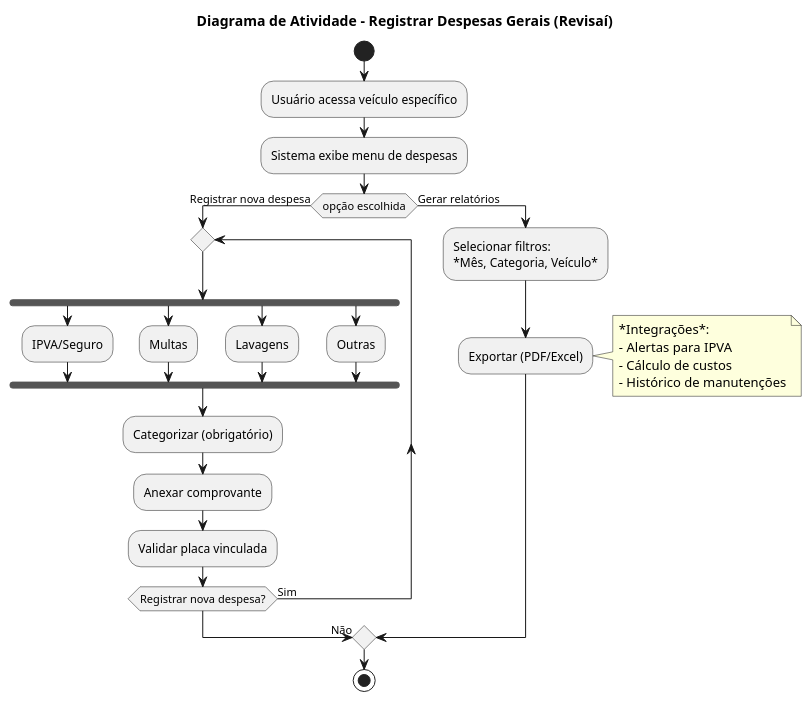
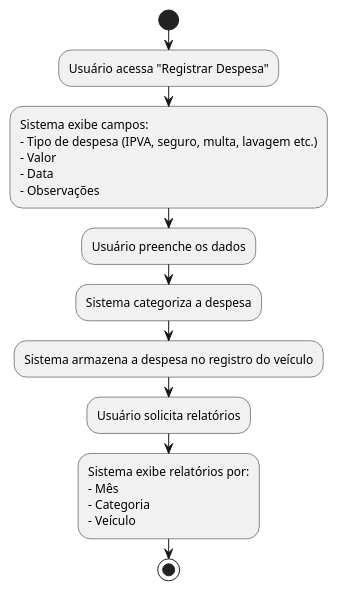
Before and after one commit to adsifs/2025.1_AOO_AV: the diagram in modelos/UC_Registro_Despesas.md, drawn with PlantUML. The commit also changed other lines of this file, not shown here.

````diff
--- a/modelos/UC_Registro_Despesas.md
+++ b/modelos/UC_Registro_Despesas.md
@@ -3,43 +9,28 @@
 ```puml
 @startuml
 start
-title Diagrama de Atividade - Registrar Despesas Gerais (Revisaí)
 
-:Usuário acessa veículo específico;
-:Sistema exibe menu de despesas;
+:Usuário acessa "Registrar Despesa";
 
-if (opção escolhida) then (Registrar nova despesa)
+:Sistema exibe campos:
+- Tipo de despesa (IPVA, seguro, multa, lavagem etc.)
+- Valor
+- Data
+- Observações;
 
- repeat
+:Usuário preenche os dados;
 
-    fork
-      :IPVA/Seguro;
-    fork again
-      :Multas;
-    fork again
-      :Lavagens;
-    fork again
-      :Outras;
-    end fork
-    :Categorizar (obrigatório);
+:Sistema categoriza a despesa;
 
-    :Anexar comprovante;
-    :Validar placa vinculada;
-  repeat while (Registrar nova despesa?) is (Sim)
-  -> Não;
-   
-  
-else (Gerar relatórios)
- :Selecionar filtros:
- *Mês, Categoria, Veículo*;
- :Exportar (PDF/Excel);
-note right
-   *Integrações*:
-   - Alertas para IPVA
-   - Cálculo de custos
-   - Histórico de manutenções
-   end note
-endif
+:Sistema armazena a despesa no registro do veículo;
+
+:Usuário solicita relatórios;
+
+:Sistema exibe relatórios por:
+- Mês
+- Categoria
+- Veículo;
+
 stop
 @enduml
 ```
````
